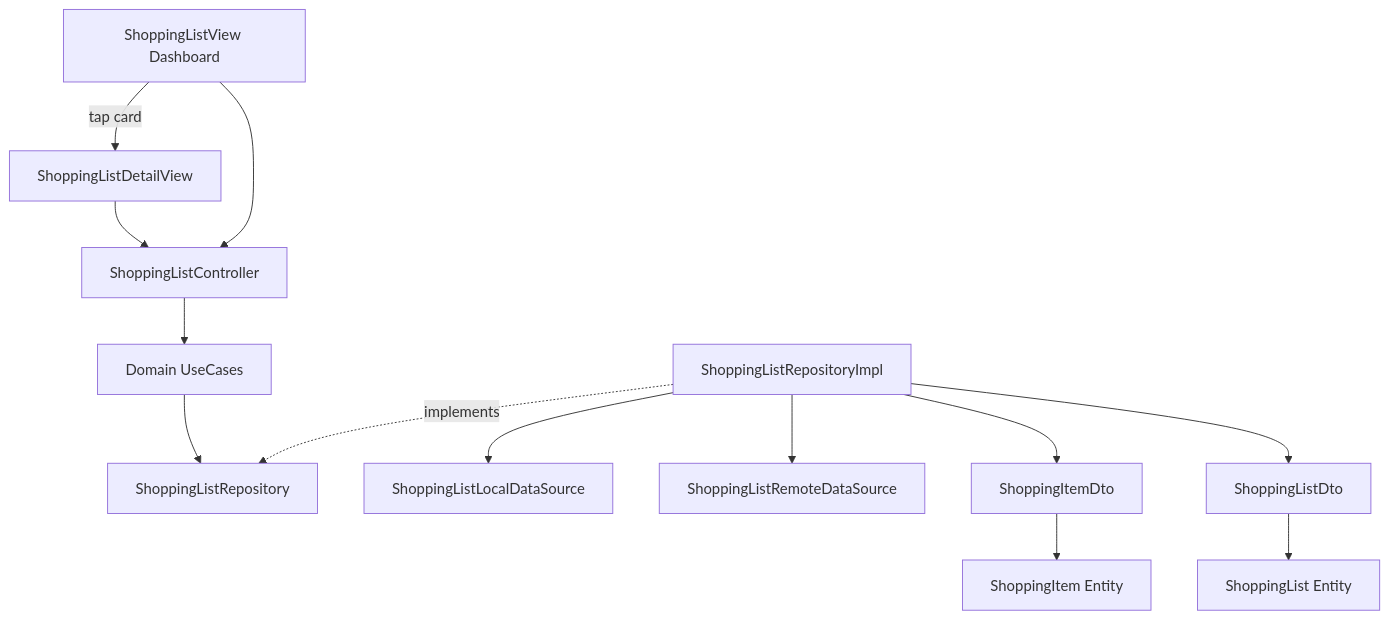
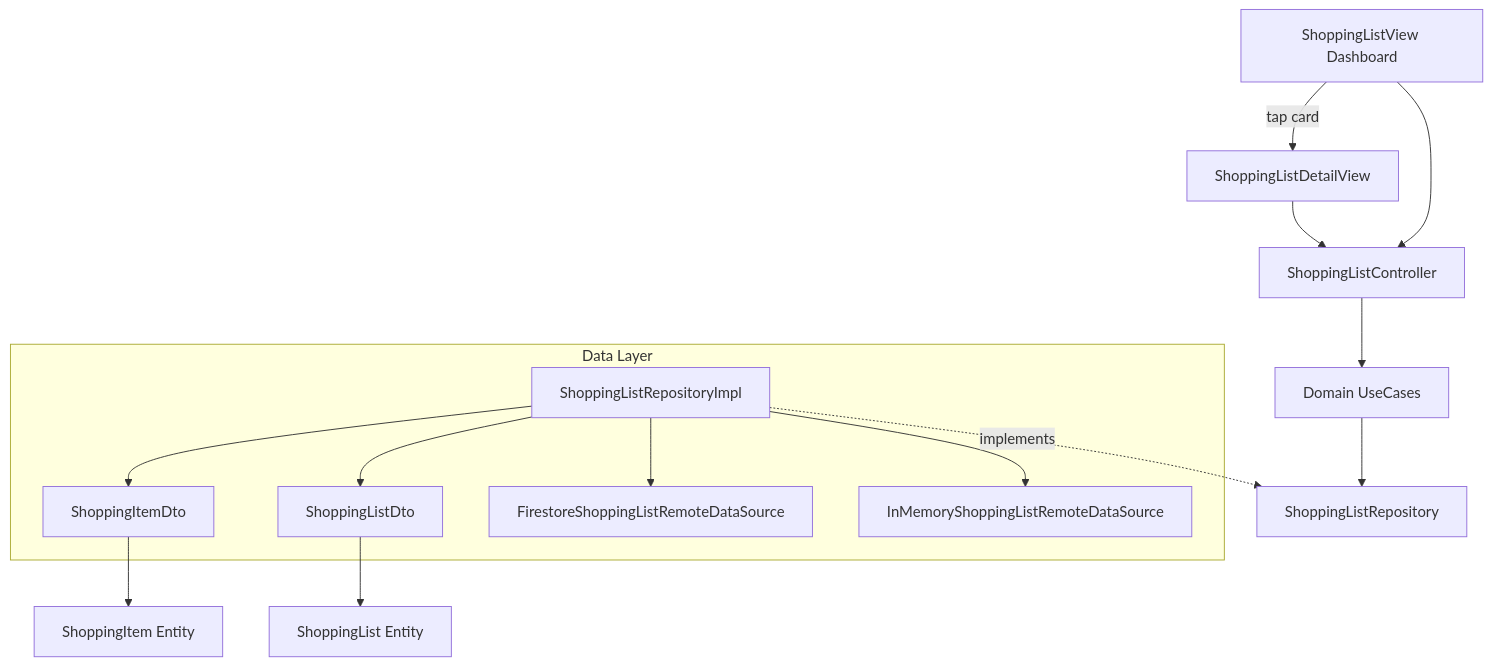
The diagram in docs/shopping_list.md (guyc2/ShoppingExplore), drawn with Mermaid before and after one commit. The commit also changed other lines of this file and 54 other files, not shown here.

````diff
--- a/docs/shopping_list.md
+++ b/docs/shopping_list.md
@@ -35,15 +35,22 @@
 ```mermaid
 flowchart TD
     Dashboard[ShoppingListView Dashboard] -->|tap card| DetailView[ShoppingListDetailView]
     DetailView --> Controller[ShoppingListController]
     Dashboard --> Controller
     Controller --> UseCases[Domain UseCases]
     UseCases --> RepoInterface[ShoppingListRepository]
-    RepoImpl[ShoppingListRepositoryImpl] -. implements .-> RepoInterface
-    RepoImpl --> LocalDS[ShoppingListLocalDataSource]
-    RepoImpl --> RemoteDS[ShoppingListRemoteDataSource]
-    RepoImpl --> ItemDto[ShoppingItemDto]
+    subgraph Data [Data Layer]
+        ItemDto[ShoppingItemDto]
+        ListDto[ShoppingListDto]
+        FirebaseDS[FirestoreShoppingListRemoteDataSource]
+        LocalDS[InMemoryShoppingListRemoteDataSource]
+        ListRepoImpl[ShoppingListRepositoryImpl]
+    end
+    ListRepoImpl -. implements .-> RepoInterface
+    ListRepoImpl --> LocalDS
+    ListRepoImpl --> FirebaseDS
+    ListRepoImpl --> ItemDto
     ItemDto --> ItemEntity[ShoppingItem Entity]
-    RepoImpl --> ListDto[ShoppingListDto]
+    ListRepoImpl --> ListDto
     ListDto --> ListEntity[ShoppingList Entity]
 ```
````
